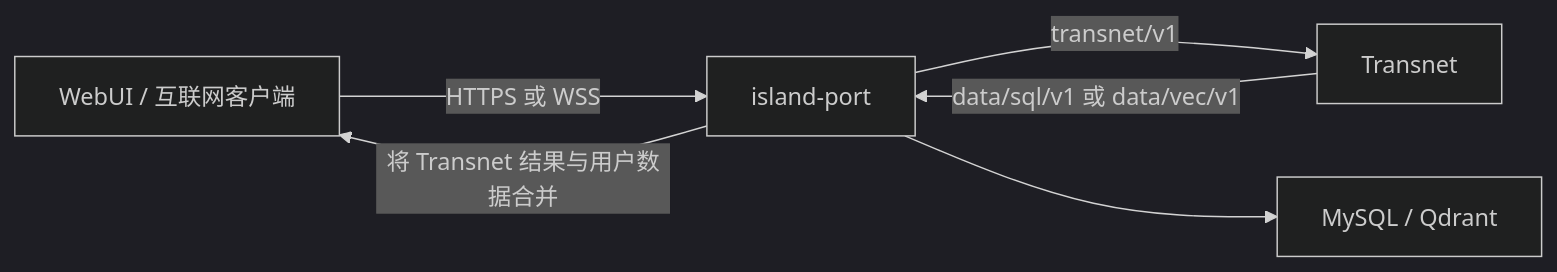
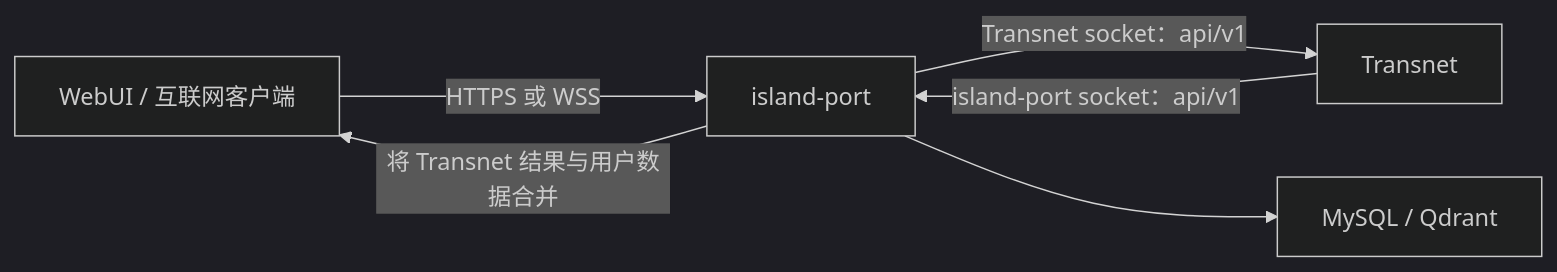
The diagram in docs_cn/interfaces/transnet_cn.md (Ashex-x/Transnet), drawn with Mermaid (dark theme) before and after one commit. The commit also changed other lines of this file and 13 other files, not shown here.

````diff
--- a/docs_cn/interfaces/transnet_cn.md
+++ b/docs_cn/interfaces/transnet_cn.md
@@ -71,8 +44,8 @@
 ```mermaid
 flowchart LR
   client["WebUI / 互联网客户端"] -->|"HTTPS 或 WSS"| port["island-port"]
-  port -->|"transnet/v1"| transnet["Transnet"]
-  transnet -->|"data/sql/v1 或 data/vec/v1"| port
+  port -->|"Transnet socket：api/v1"| transnet["Transnet"]
+  transnet -->|"island-port socket：api/v1"| port
   port --> database["MySQL / Qdrant"]
   port -->|"将 Transnet 结果与用户数据合并"| client
 ```
````
